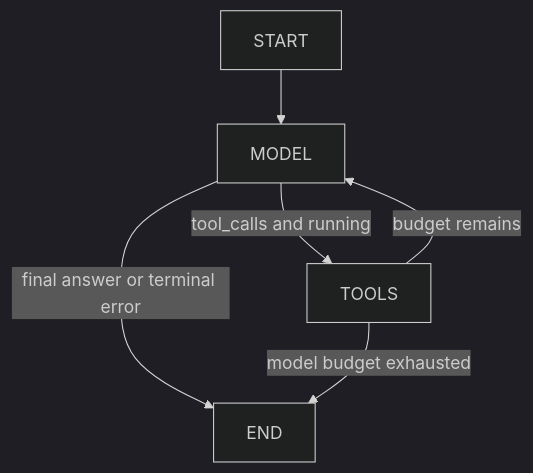
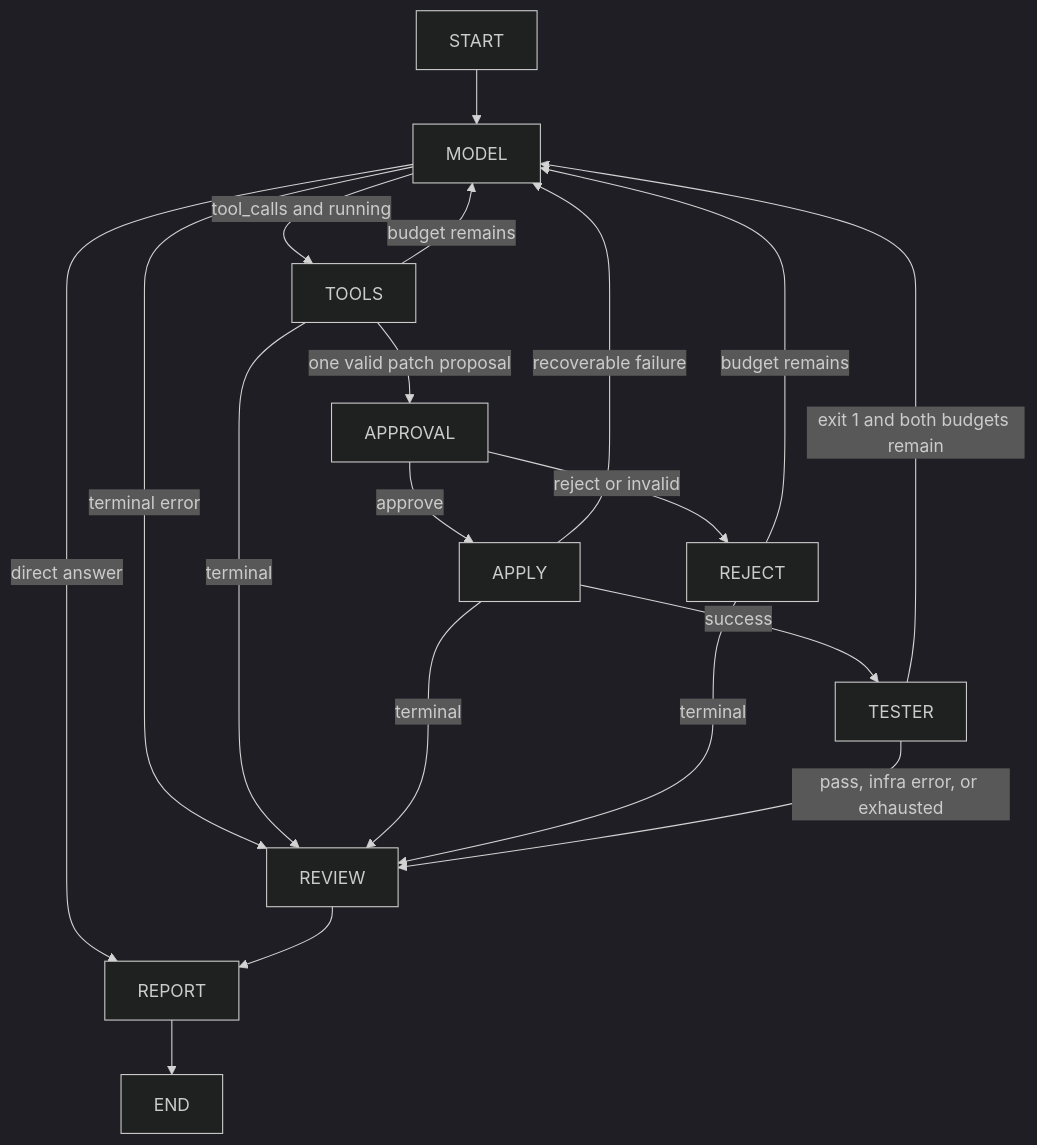
One commit to xysiji/RepoPilot changed the first of 2 diagrams in docs/architecture/ARCHITECTURE.md. Above: the diagram before and after it, drawn with Mermaid (dark theme). The commit also changed other lines of this file and 66 other files, not shown here.

````diff
--- a/docs/architecture/ARCHITECTURE.md
+++ b/docs/architecture/ARCHITECTURE.md
@@ -40,8 +40,21 @@
 ```mermaid
 flowchart TD
     START --> MODEL
     MODEL -->|tool_calls and running| TOOLS
-    MODEL -->|final answer or terminal error| END
+    MODEL -->|direct answer| REPORT
+    MODEL -->|terminal error| REVIEW
     TOOLS -->|budget remains| MODEL
-    TOOLS -->|model budget exhausted| END
+    TOOLS -->|one valid patch proposal| APPROVAL
+    TOOLS -->|terminal| REVIEW
+    APPROVAL -->|approve| APPLY
+    APPROVAL -->|reject or invalid| REJECT
+    APPLY -->|success| TESTER
+    APPLY -->|recoverable failure| MODEL
+    APPLY -->|terminal| REVIEW
+    REJECT -->|budget remains| MODEL
+    REJECT -->|terminal| REVIEW
+    TESTER -->|exit 1 and both budgets remain| MODEL
+    TESTER -->|pass, infra error, or exhausted| REVIEW
+    REVIEW --> REPORT
+    REPORT --> END
 ```
````
